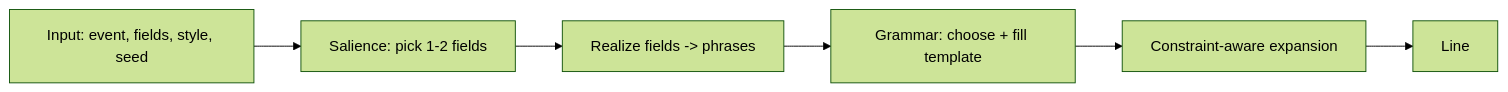
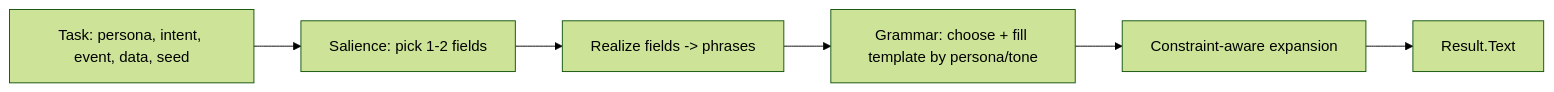
Before and after one commit to danielriddell21/narrata: the diagram in docs/design-native-nlg.md, drawn with Mermaid (forest theme). The commit also changed other lines of this file, not shown here.

````diff
--- a/docs/design-native-nlg.md
+++ b/docs/design-native-nlg.md
@@ -89,8 +113,8 @@
 ```mermaid
 flowchart LR
-  In[Input: event, fields, style, seed] --> Sal[Salience: pick 1-2 fields]
+  T[Task: persona, intent, event, data, seed] --> Sal[Salience: pick 1-2 fields]
   Sal --> Real[Realize fields -> phrases]
-  Real --> Gram[Grammar: choose + fill template]
+  Real --> Gram[Grammar: choose + fill template by persona/tone]
   Gram --> Con[Constraint-aware expansion]
-  Con --> Out[Line]
+  Con --> Out[Result.Text]
 ```
````
